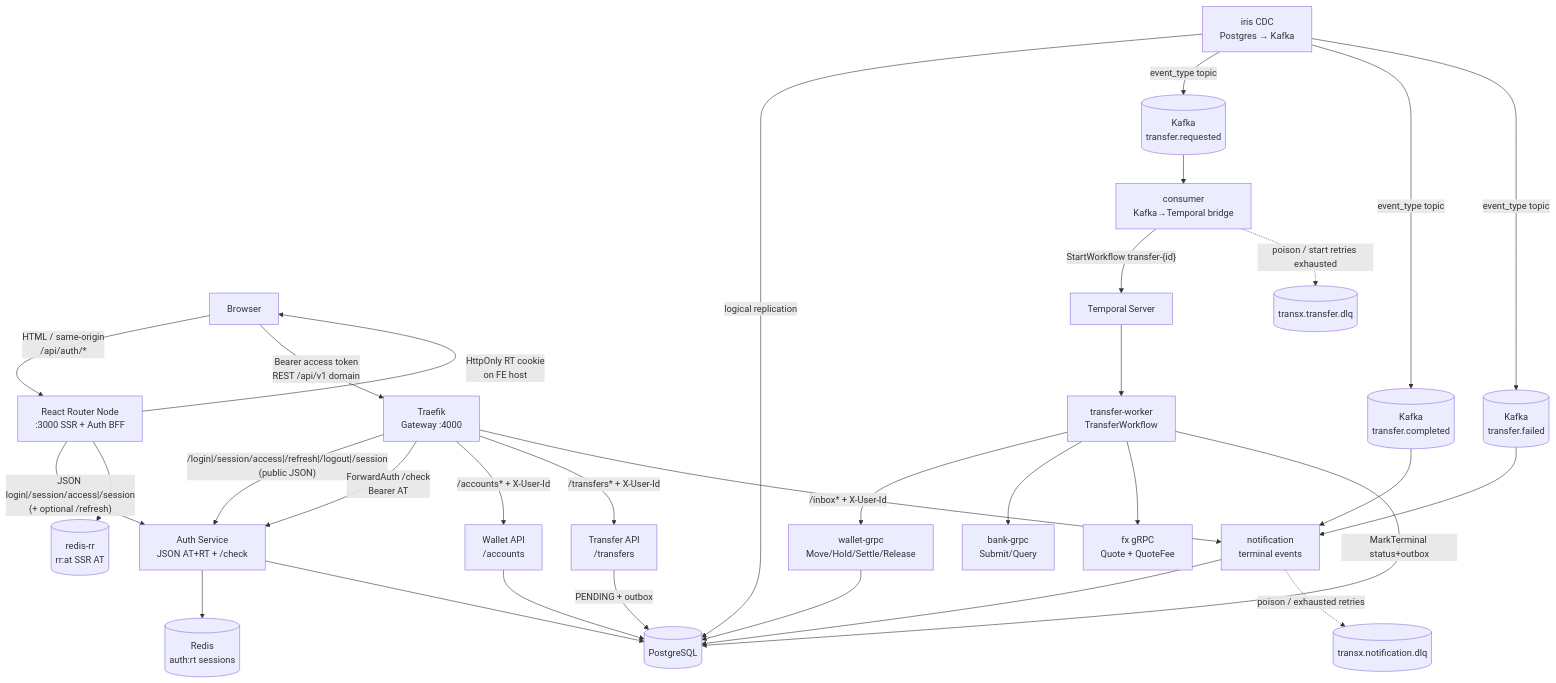
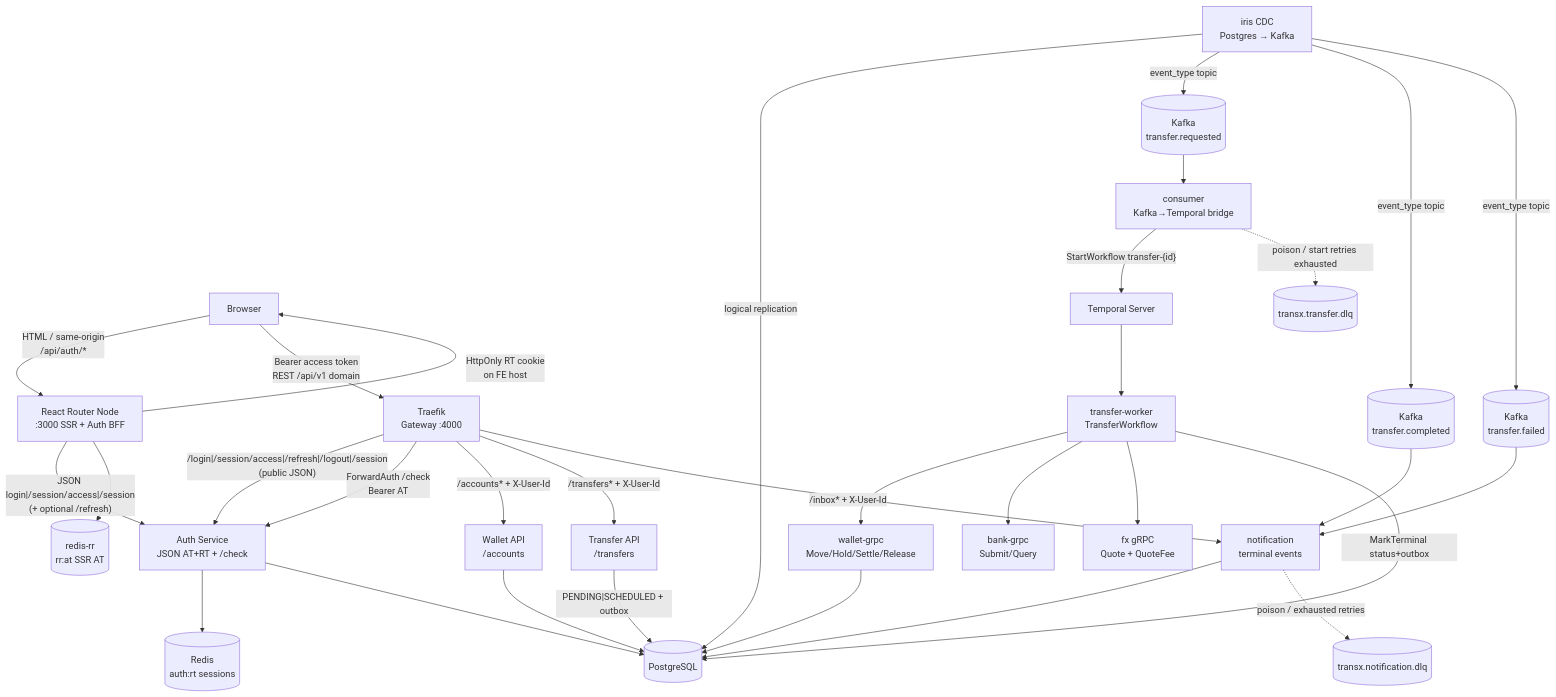
The first of 6 diagrams in README.md (Phathdt/transx), drawn with Mermaid before and after one commit. The commit also changed other lines of this file and 65 other files, not shown here.

First line of the commit message:
feat(transfer): scheduled transfer with cancel (#15)

````diff
--- a/README.md
+++ b/README.md
@@ -242,59 +243,59 @@
 ```mermaid
 flowchart TD
     BR["Browser"]
     RR["React Router Node\n:3000 SSR + Auth BFF"]
     TR["Traefik\nGateway :4000"]
     AUTH["Auth Service\nJSON AT+RT + /check"]
     REDIS[("Redis\nauth:rt sessions")]
     REDISRR[("redis-rr\nrr:at SSR AT")]
     WALLET["Wallet API\n/accounts"]
     TRANSFER["Transfer API\n/transfers"]
     IRIS["iris CDC\nPostgres → Kafka"]
     BRIDGE["consumer\nKafka→Temporal bridge"]
     TEMP["Temporal Server"]
     WORKER["transfer-worker\nTransferWorkflow"]
     NOTIF["notification\nterminal events"]
     WGRPC["wallet-grpc\nMove/Hold/Settle/Release"]
     BGRPC["bank-grpc\nSubmit/Query"]
     FX["fx gRPC\nQuote + QuoteFee"]
     PG[("PostgreSQL")]
     KREQ[("Kafka\ntransfer.requested")]
     KOK[("Kafka\ntransfer.completed")]
     KFAIL[("Kafka\ntransfer.failed")]
     TDLQ[("transx.transfer.dlq")]
     NDLQ[("transx.notification.dlq")]
 
     BR -->|"HTML / same-origin\n/api/auth/*"| RR
     RR -->|"HttpOnly RT cookie\non FE host"| BR
     RR -->|"JSON login|/session/access|/session\n(+ optional /refresh)"| AUTH
     RR --> REDISRR
     AUTH --> REDIS
     AUTH --> PG
 
     BR -->|"Bearer access token\nREST /api/v1 domain"| TR
     TR -->|"/login|/session/access|/refresh|/logout|/session\n(public JSON)"| AUTH
     TR -->|"ForwardAuth /check\nBearer AT"| AUTH
     TR -->|"/accounts* + X-User-Id"| WALLET
     TR -->|"/transfers* + X-User-Id"| TRANSFER
     TR -->|"/inbox* + X-User-Id"| NOTIF
 
     WALLET --> PG
-    TRANSFER -->|"PENDING + outbox"| PG
+    TRANSFER -->|"PENDING|SCHEDULED + outbox"| PG
     IRIS -->|"logical replication"| PG
     IRIS -->|"event_type topic"| KREQ
     IRIS -->|"event_type topic"| KOK
     IRIS -->|"event_type topic"| KFAIL
     KREQ --> BRIDGE
     BRIDGE -->|"StartWorkflow transfer-{id}"| TEMP
     TEMP --> WORKER
     WORKER --> WGRPC
     WORKER --> BGRPC
     WORKER --> FX
     WORKER -->|"MarkTerminal status+outbox"| PG
     WGRPC --> PG
     KOK --> NOTIF
     KFAIL --> NOTIF
     NOTIF --> PG
     BRIDGE -.->|"poison / start retries exhausted"| TDLQ
     NOTIF -.->|"poison / exhausted retries"| NDLQ
 ```
````
